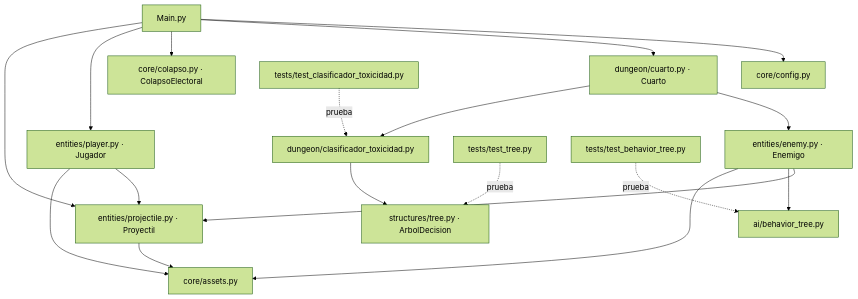
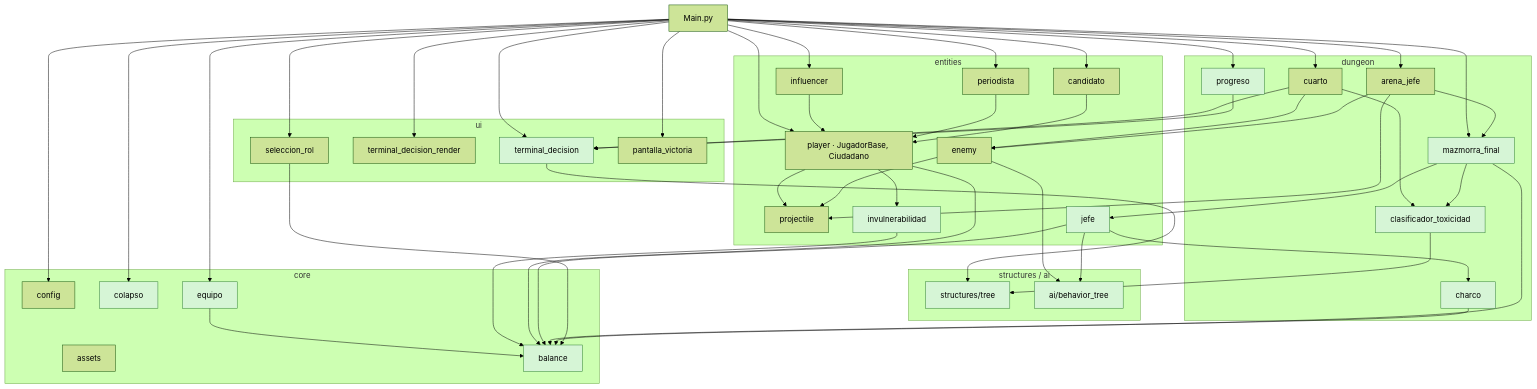
The diagram in docs/ARQUITECTURA.md (Franklin-Olivero/ProyectoFeria4to), drawn with Mermaid (forest theme) before and after one commit. The commit also changed other lines of this file and 16 other files, not shown here.

First line of the commit message:
Pulir mazmorra final: i-frames, pantalla de victoria y coherencia de documentos

````diff
--- a/docs/ARQUITECTURA.md
+++ b/docs/ARQUITECTURA.md
@@ -212,24 +264,69 @@
 ```mermaid
 graph TD
-    Main["Main.py"] --> Config["core/config.py"]
-    Main --> Cuarto["dungeon/cuarto.py · Cuarto"]
-    Main --> Colapso["core/colapso.py · ColapsoElectoral"]
-    Main --> Jugador["entities/player.py · Jugador"]
-    Main --> ProyectilMod["entities/projectile.py · Proyectil"]
+    Main["Main.py"]
 
-    Cuarto --> Enemigo["entities/enemy.py · Enemigo"]
-    Cuarto --> Clasificador["dungeon/clasificador_toxicidad.py"]
-    Clasificador --> ArbolDecision["structures/tree.py · ArbolDecision"]
+    subgraph core
+        Config["config"]
+        Assets["assets"]
+        Balance["balance"]
+        Colapso["colapso"]
+        Equipo["equipo"]
+    end
 
-    Jugador --> ProyectilMod
-    Enemigo --> ProyectilMod
-    Enemigo --> BehaviorTree["ai/behavior_tree.py"]
+    subgraph puros["structures / ai"]
+        Tree["structures/tree"]
+        BT["ai/behavior_tree"]
+    end
 
-    Jugador --> Assets["core/assets.py"]
-    Enemigo --> Assets
-    ProyectilMod --> Assets
+    subgraph entities
+        Proyectil["projectile"]
+        Invul["invulnerabilidad"]
+        Player["player · JugadorBase, Ciudadano"]
+        Infl["influencer"]
+        Peri["periodista"]
+        Cand["candidato"]
+        Enemigo["enemy"]
+        Jefe["jefe"]
+    end
 
-    TestsArbol["tests/test_tree.py"] -.prueba.-> ArbolDecision
-    TestsBT["tests/test_behavior_tree.py"] -.prueba.-> BehaviorTree
-    TestsClasif["tests/test_clasificador_toxicidad.py"] -.prueba.-> Clasificador
+    subgraph dungeon
+        Clasif["clasificador_toxicidad"]
+        Cuarto["cuarto"]
+        Progreso["progreso"]
+        Charco["charco"]
+        MFinal["mazmorra_final"]
+        Arena["arena_jefe"]
+    end
+
+    subgraph ui
+        Terminal["terminal_decision"]
+        TermRender["terminal_decision_render"]
+        Seleccion["seleccion_rol"]
+        Victoria["pantalla_victoria"]
+    end
+
+    Main --> Config & Colapso & Equipo & Cuarto & Arena & MFinal & Progreso
+    Main --> Player & Infl & Peri & Cand
+    Main --> Terminal & TermRender & Seleccion & Victoria
+
+    Equipo --> Balance
+    Invul --> Balance
+    Player --> Balance & Invul & Proyectil
+    Infl --> Player
+    Peri --> Player
+    Cand --> Player
+    Enemigo --> BT & Proyectil
+    Jefe --> BT & Balance & Charco
+
+    Clasif --> Tree
+    Terminal --> Tree
+    Cuarto --> Clasif & Enemigo & Terminal
+    Progreso --> Terminal
+    Charco --> Balance
+    MFinal --> Jefe & Clasif & Balance
+    Arena --> MFinal & Enemigo & Proyectil
+    Seleccion --> Balance
+
+    classDef puro fill:#d6f5d6,stroke:#2e7d32,color:#000
+    class Tree,BT,Balance,Colapso,Equipo,Invul,Jefe,Clasif,Progreso,Charco,MFinal,Terminal puro
 ```
````
